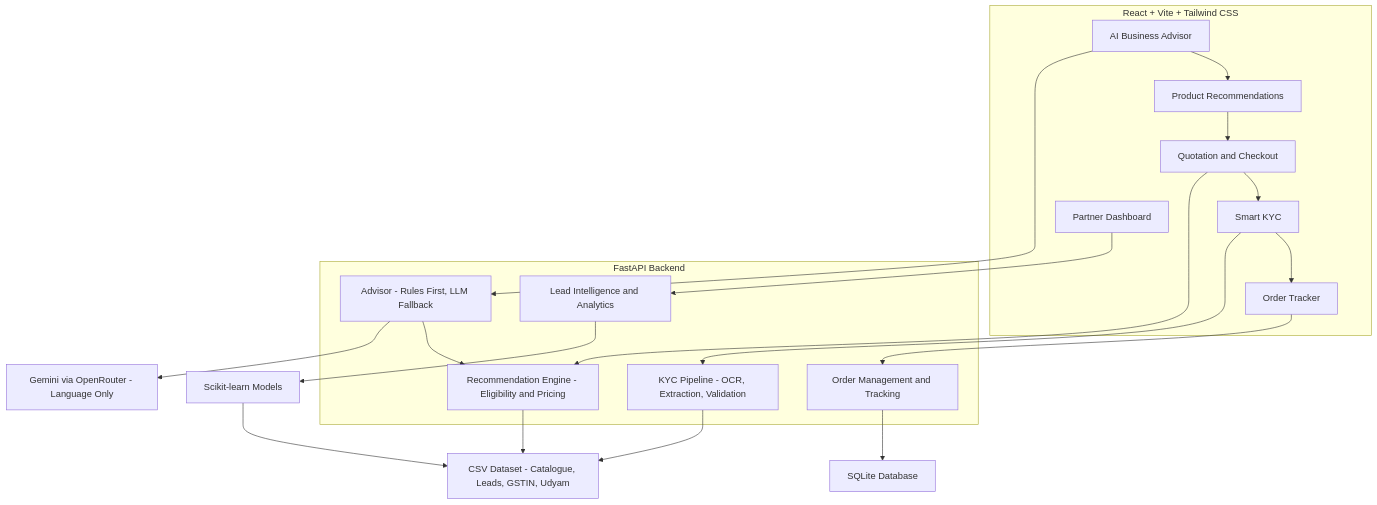
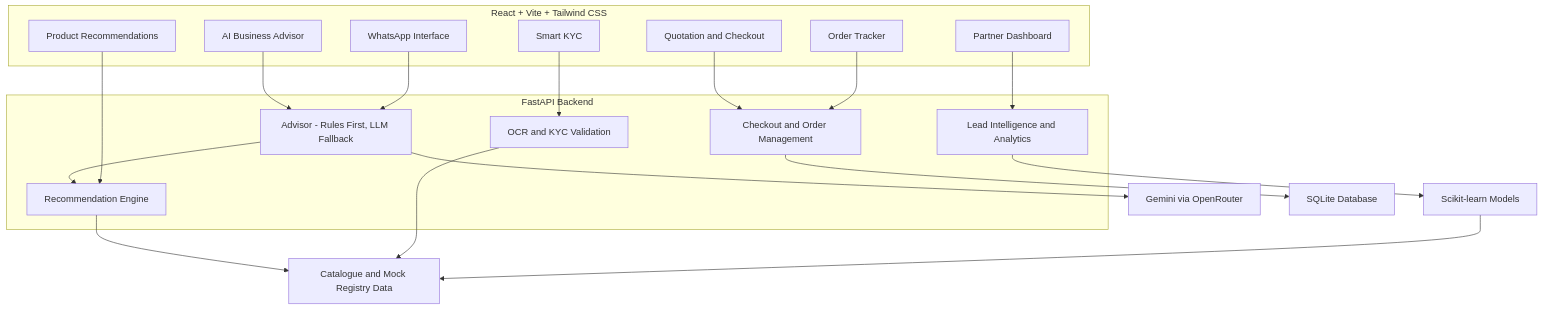
The diagram in README.md (vikramhls/airtel), drawn with Mermaid before and after one commit. The commit also changed other lines of this file, not shown here.

````diff
--- a/README.md
+++ b/README.md
@@ -64,40 +225,40 @@
 ```mermaid
-
 flowchart TD
     subgraph UI["React + Vite + Tailwind CSS"]
         A["AI Business Advisor"]
         P["Product Recommendations"]
         Q["Quotation and Checkout"]
         K["Smart KYC"]
         T["Order Tracker"]
+        W["WhatsApp Interface"]
         C["Partner Dashboard"]
-        A --> P --> Q --> K --> T
     end
 
     subgraph API["FastAPI Backend"]
         ADV["Advisor - Rules First, LLM Fallback"]
-        ENG["Recommendation Engine - Eligibility and Pricing"]
-        KYC["KYC Pipeline - OCR, Extraction, Validation"]
-        ORD["Order Management and Tracking"]
+        ENG["Recommendation Engine"]
+        KYC["OCR and KYC Validation"]
+        ORD["Checkout and Order Management"]
         LI["Lead Intelligence and Analytics"]
     end
 
-    LLM["Gemini via OpenRouter - Language Only"]
-    CSV["CSV Dataset - Catalogue, Leads, GSTIN, Udyam"]
+    LLM["Gemini via OpenRouter"]
+    CSV["Catalogue and Mock Registry Data"]
     DB["SQLite Database"]
     ML["Scikit-learn Models"]
 
     A --> ADV
     ADV --> ENG
     ADV --> LLM
     ENG --> CSV
-    Q --> ENG
+    P --> ENG
+    Q --> ORD
     K --> KYC
     KYC --> CSV
     T --> ORD
+    W --> ADV
     ORD --> DB
     C --> LI
     LI --> ML
     ML --> CSV
-
 ```
````
